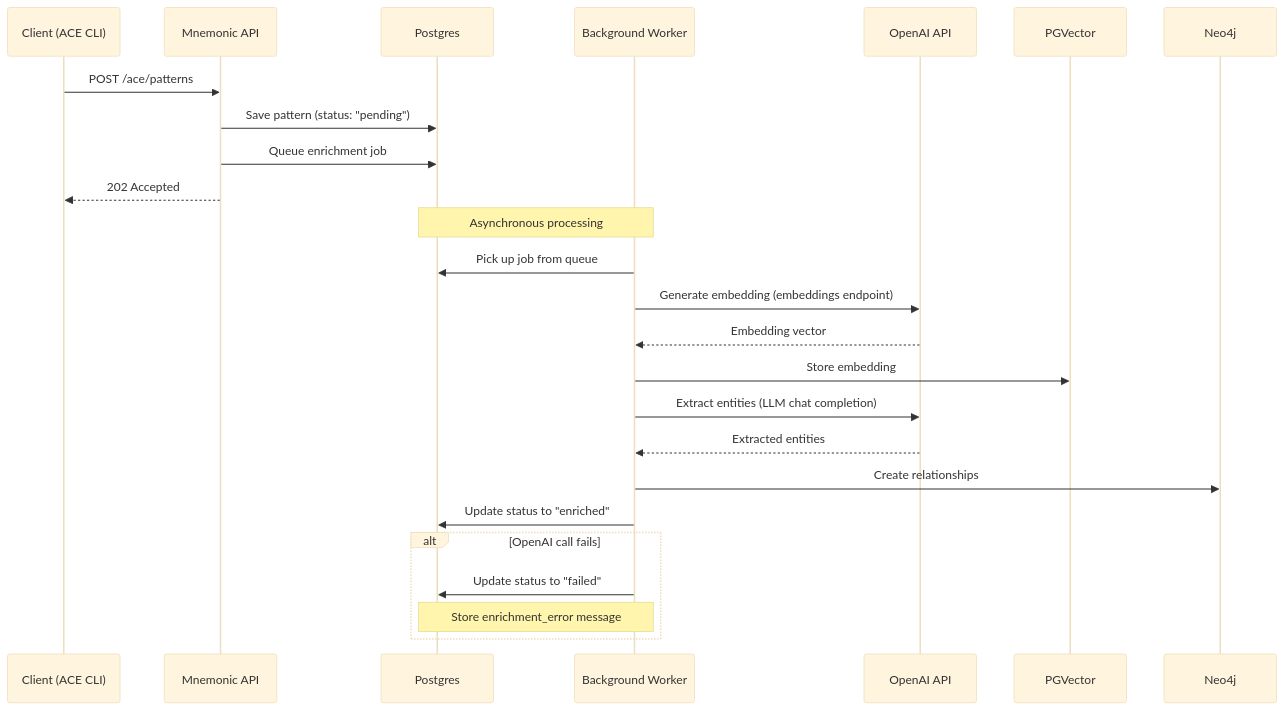
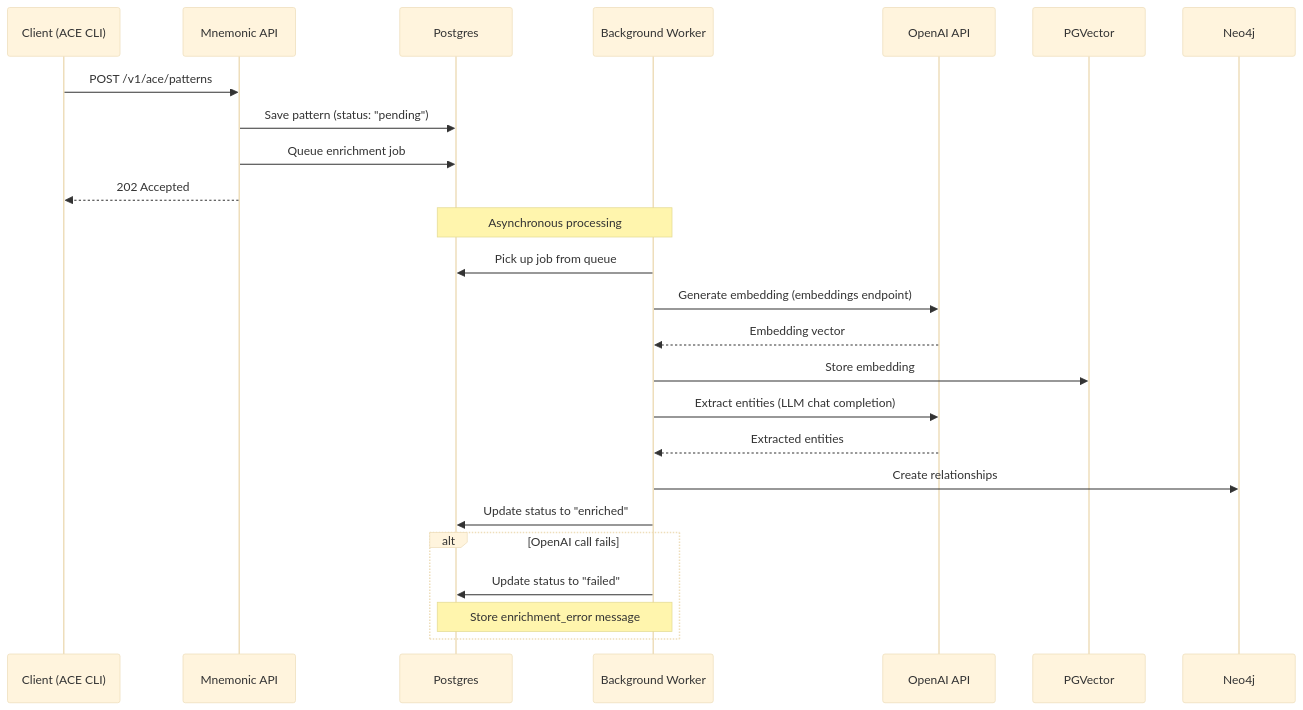
One commit to twistingmercury/mnemonic-mcp changed the first of 6 diagrams in docs/design/pattern-processing.md. Above: the diagram before and after it, drawn with Mermaid (base theme). The commit also changed other lines of this file and 14 other files, not shown here.

````diff
--- a/docs/design/pattern-processing.md
+++ b/docs/design/pattern-processing.md
@@ -42,31 +42,31 @@
 ```mermaid
 sequenceDiagram
     participant Client as Client (ACE CLI)
     participant API as Mnemonic API
     participant PG as Postgres
     participant Worker as Background Worker
     participant OpenAI as OpenAI API
     participant PGV as PGVector
     participant Neo4j as Neo4j
 
-    Client->>API: POST /ace/patterns
+    Client->>API: POST /v1/ace/patterns
     API->>PG: Save pattern (status: "pending")
     API->>PG: Queue enrichment job
     API-->>Client: 202 Accepted
 
     Note over Worker,PG: Asynchronous processing
 
     Worker->>PG: Pick up job from queue
     Worker->>OpenAI: Generate embedding (embeddings endpoint)
     OpenAI-->>Worker: Embedding vector
     Worker->>PGV: Store embedding
     Worker->>OpenAI: Extract entities (LLM chat completion)
     OpenAI-->>Worker: Extracted entities
     Worker->>Neo4j: Create relationships
     Worker->>PG: Update status to "enriched"
 
     alt OpenAI call fails
         Worker->>PG: Update status to "failed"
         Note over Worker,PG: Store enrichment_error message
     end
 ```
````
